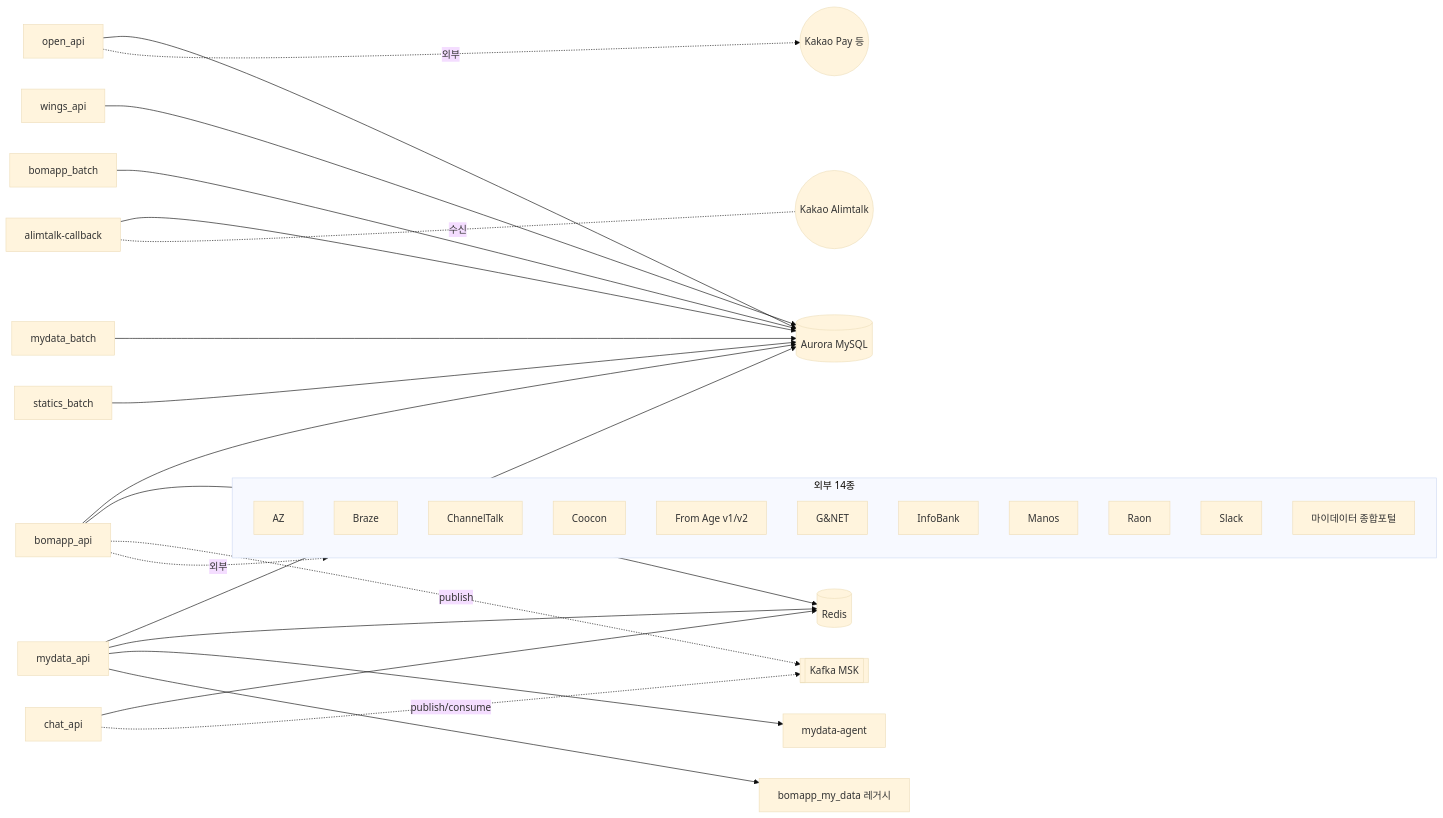
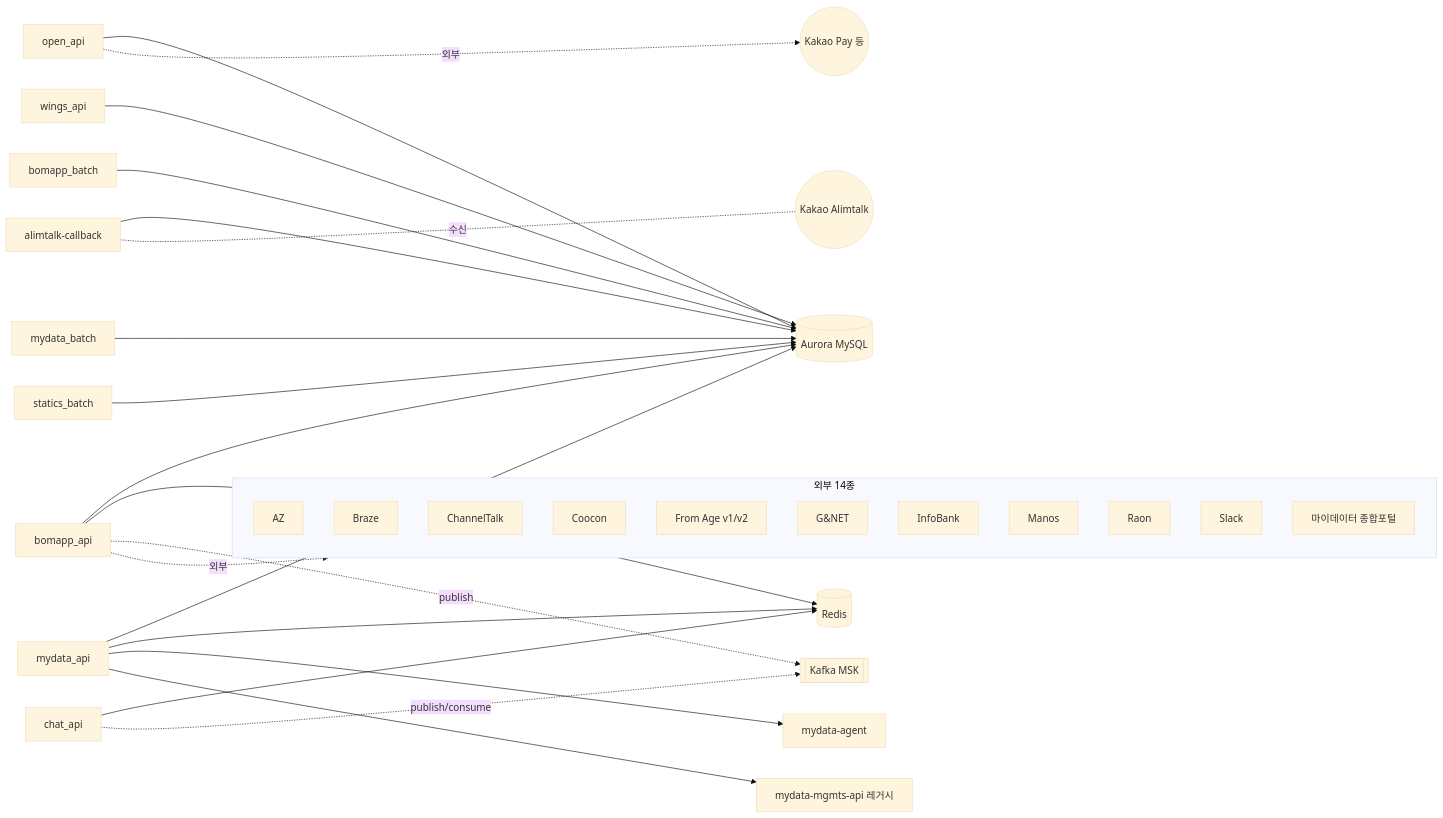
One commit to justin-fnx/overmind changed the diagram in docs/services/next-backend.md. Above: the diagram before and after it, drawn with Mermaid (base theme). The commit also changed other lines of this file and 12 other files, not shown here.

````diff
--- a/docs/services/next-backend.md
+++ b/docs/services/next-backend.md
@@ -253,36 +253,36 @@
 ```mermaid
 graph LR
   bomapp_api --> Aurora[(Aurora MySQL)]
   bomapp_api --> Redis[(Redis)]
   bomapp_api -.publish.-> MSK[[Kafka MSK]]
   chat_api --> Redis
   chat_api -.publish/consume.-> MSK
   mydata_api --> Aurora
   mydata_api --> Redis
   mydata_api --> mydata_agent[mydata-agent]
-  mydata_api --> bomapp_my_data[bomapp_my_data 레거시]
+  mydata_api --> mydata-mgmts-api[mydata-mgmts-api 레거시]
   open_api --> Aurora
   wings_api --> Aurora
   alimtalk_cb[alimtalk-callback] --> Aurora
   alimtalk_cb -.수신.- KakaoOpen((Kakao Alimtalk))
   bomapp_batch --> Aurora
   mydata_batch --> Aurora
   statics_batch --> Aurora
 
   bomapp_api -.외부.-> Externals
   open_api -.외부.-> KakaoPay((Kakao Pay 등))
 
   subgraph Externals[외부 14종]
     AZ
     Braze
     ChannelTalk
     Coocon
     FromAge[From Age v1/v2]
     GNNet[G&NET]
     InfoBank
     Manos
     Raon
     Slack
     MyDataPortal[마이데이터 종합포털]
   end
 ```
````
